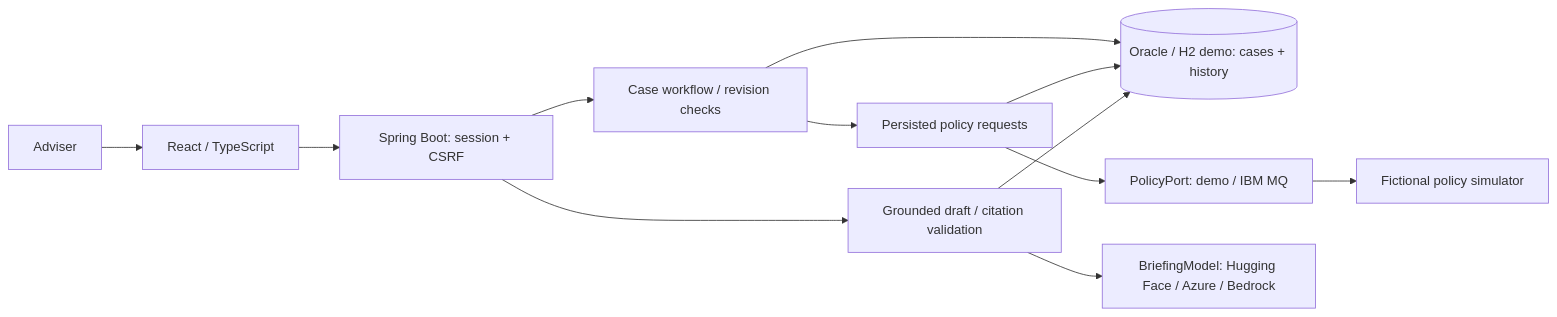
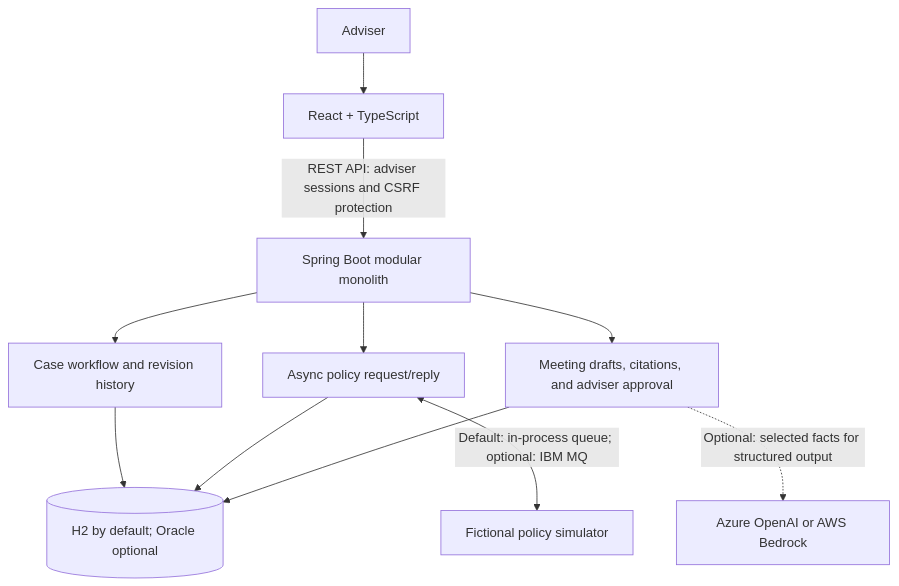
One commit to ChuDucAnh242002/Life-Pension-workspace changed the diagram in README.md. Above: the diagram before and after it, drawn with Mermaid. The commit also changed other lines of this file and 1 other file, not shown here.

Commit message:
docs: streamline workspace setup and show architecture

````diff
--- a/README.md
+++ b/README.md
@@ -98,14 +9,15 @@
 ```mermaid
-flowchart LR
-    Adviser --> UI["React / TypeScript"]
-    UI --> API["Spring Boot: session + CSRF"]
-    API --> Cases["Case workflow / revision checks"]
-    Cases --> DB[("Oracle / H2 demo: cases + history")]
-    Cases --> Policy["Persisted policy requests"]
-    Policy --> Port["PolicyPort: demo / IBM MQ"]
-    Port --> Simulator["Fictional policy simulator"]
+flowchart TD
+    Adviser["Adviser"] --> UI["React + TypeScript"]
+    UI -->|"REST API: adviser sessions and CSRF protection"| API["Spring Boot modular monolith"]
+    API --> Cases["Case workflow and revision history"]
+    API --> Policy["Async policy request/reply"]
+    API --> Briefing["Meeting drafts, citations, and adviser approval"]
+
+    Cases --> DB[("H2 by default; Oracle optional")]
     Policy --> DB
-    API --> Briefing["Grounded draft / citation validation"]
-    Briefing --> Model["BriefingModel: Hugging Face / Azure / Bedrock"]
     Briefing --> DB
+
+    Policy <-->|"Default: in-process queue; optional: IBM MQ"| Simulator["Fictional policy simulator"]
+    Briefing -.->|"Optional: selected facts for structured output"| AI["Azure OpenAI or AWS Bedrock"]
 ```
````
